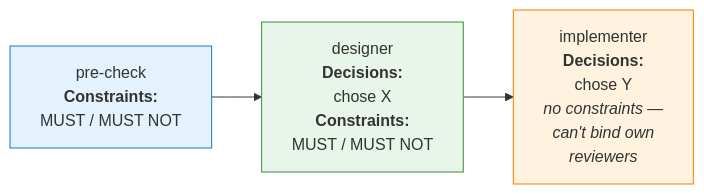
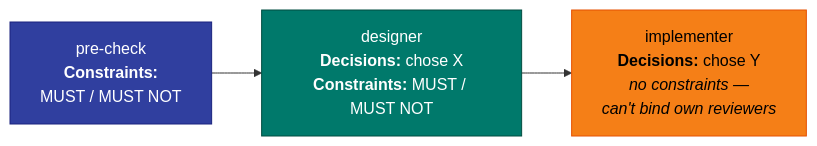
The fourth of 5 diagrams in docs/HOW-IT-WORKS.md (TejGandham/keel), drawn with Mermaid before and after one commit. The commit also changed other lines of this file and 2 other files, not shown here.

First line of the commit message:
docs: consistent saturated color palette across all Mermaid diagrams

````diff
--- a/docs/HOW-IT-WORKS.md
+++ b/docs/HOW-IT-WORKS.md
@@ -131,9 +162,9 @@
 ```mermaid
 graph LR
-    PC3[pre-check<br/><b>Constraints:</b><br/>MUST / MUST NOT] --> DE3[designer<br/><b>Decisions:</b><br/>chose X<br/><b>Constraints:</b><br/>MUST / MUST NOT]
-    DE3 --> IM3[implementer<br/><b>Decisions:</b><br/>chose Y<br/><i>no constraints —<br/>can't bind own<br/>reviewers</i>]
+    PC3["pre-check<br/><b>Constraints:</b><br/>MUST / MUST NOT"] --> DE3["designer<br/><b>Decisions:</b> chose X<br/><b>Constraints:</b> MUST / MUST NOT"]
+    DE3 --> IM3["implementer<br/><b>Decisions:</b> chose Y<br/><i>no constraints —<br/>can't bind own reviewers</i>"]
 
-    style PC3 fill:#e3f2fd,stroke:#1976d2
-    style DE3 fill:#e8f5e9,stroke:#388e3c
-    style IM3 fill:#fff3e0,stroke:#f57c00
+    style PC3 fill:#303F9F,stroke:#1A237E,color:#fff
+    style DE3 fill:#00796B,stroke:#004D40,color:#fff
+    style IM3 fill:#F57F17,stroke:#E65100,color:#000
 ```
````
